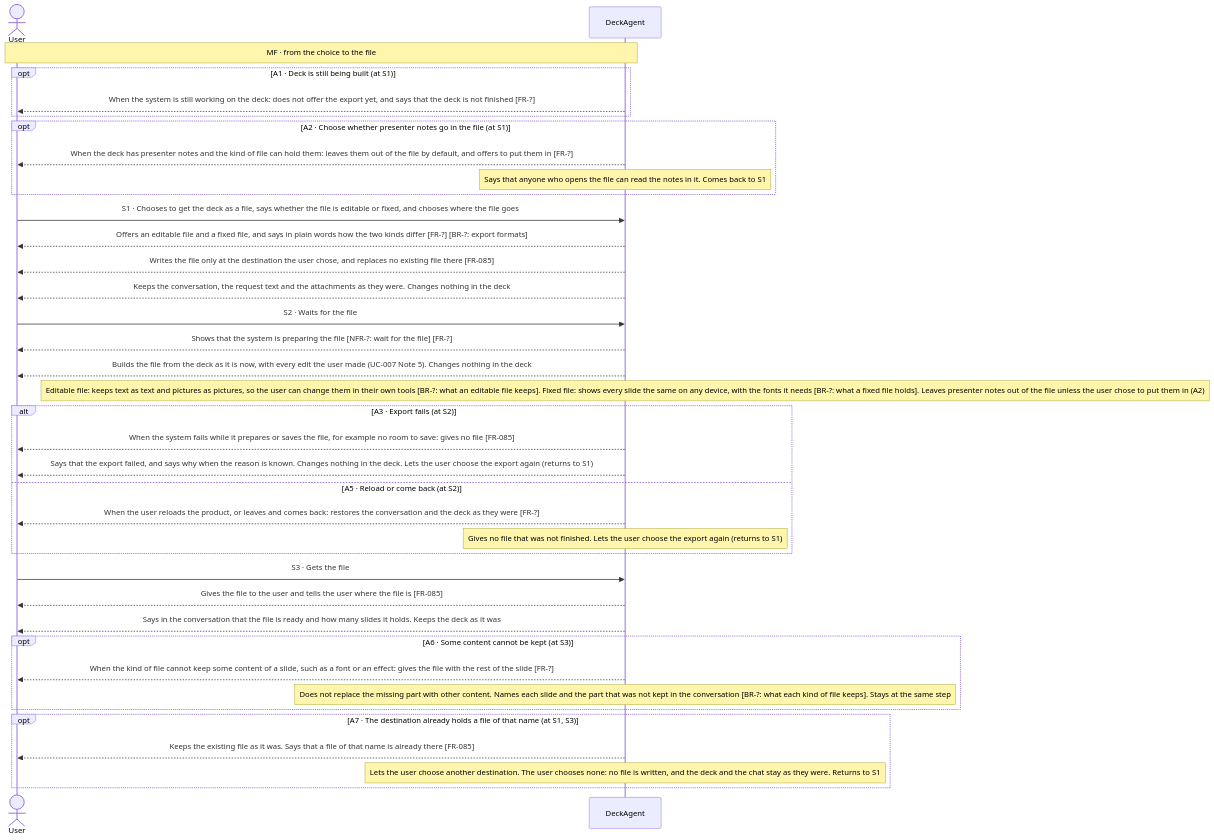
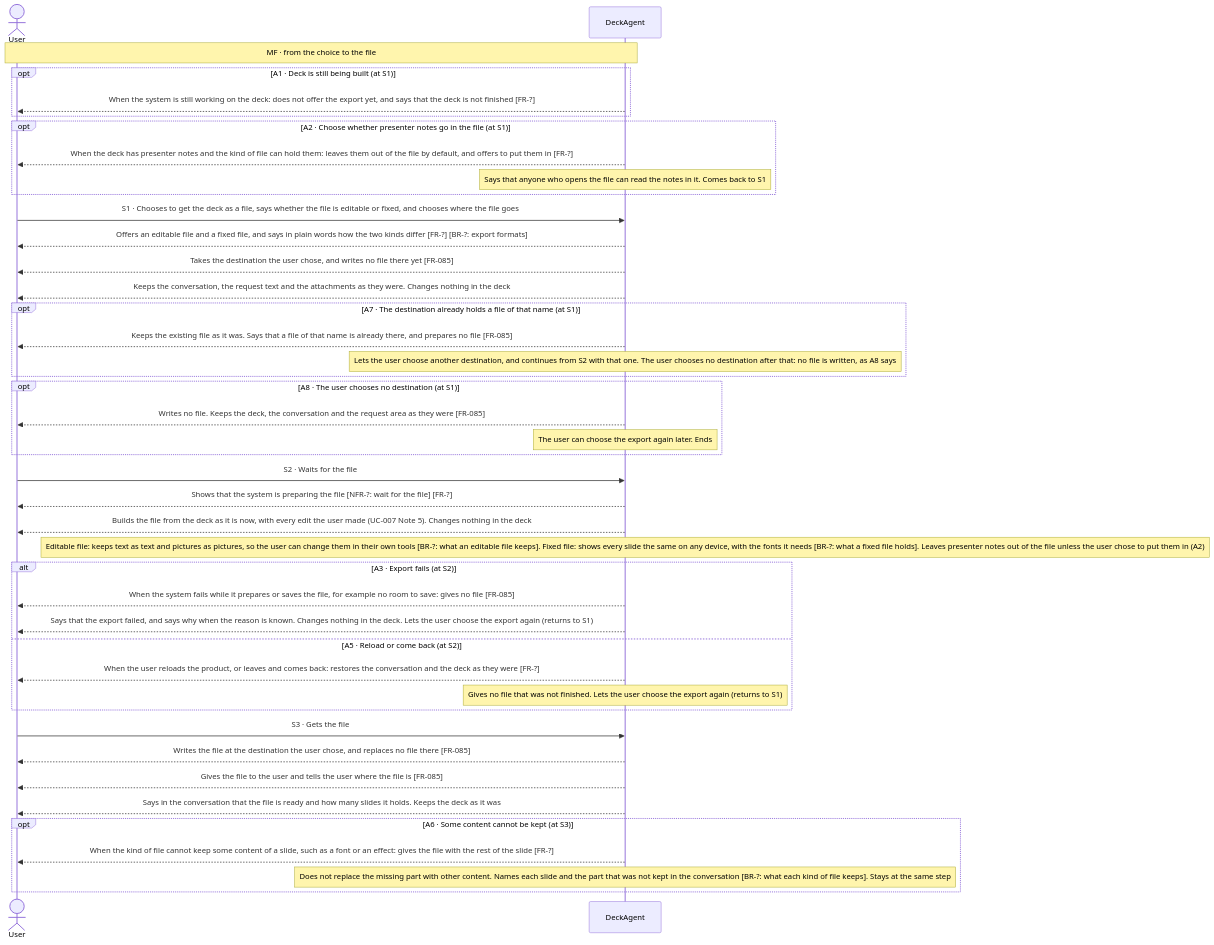
The diagram in docs/spec/03-use-cases/UC-004.md (Luke23127006/DeckAgent), drawn with Mermaid before and after one commit. The commit also changed other lines of this file and 13 other files, not shown here.

First line of the commit message:
docs(spec): fix removal, re-link, ungrouped-chat, save and export inconsistencies

````diff
--- a/docs/spec/03-use-cases/UC-004.md
+++ b/docs/spec/03-use-cases/UC-004.md
@@ -40,39 +40,44 @@
 ```mermaid
 sequenceDiagram
     actor User
     participant DeckAgent
     Note over User,DeckAgent: MF · from the choice to the file
     opt A1 · Deck is still being built (at S1)
         DeckAgent-->>User: When the system is still working on the deck: does not offer the export yet, and says that the deck is not finished [FR-?]
     end
     opt A2 · Choose whether presenter notes go in the file (at S1)
         DeckAgent-->>User: When the deck has presenter notes and the kind of file can hold them: leaves them out of the file by default, and offers to put them in [FR-?]
         note over DeckAgent: Says that anyone who opens the file can read the notes in it. Comes back to S1
     end
     User->>DeckAgent: S1 · Chooses to get the deck as a file, says whether the file is editable or fixed, and chooses where the file goes
     DeckAgent-->>User: Offers an editable file and a fixed file, and says in plain words how the two kinds differ [FR-?] [BR-?: export formats]
-    DeckAgent-->>User: Writes the file only at the destination the user chose, and replaces no existing file there [FR-085]
+    DeckAgent-->>User: Takes the destination the user chose, and writes no file there yet [FR-085]
     DeckAgent-->>User: Keeps the conversation, the request text and the attachments as they were. Changes nothing in the deck
+    opt A7 · The destination already holds a file of that name (at S1)
+        DeckAgent-->>User: Keeps the existing file as it was. Says that a file of that name is already there, and prepares no file [FR-085]
+        note over DeckAgent: Lets the user choose another destination, and continues from S2 with that one. The user chooses no destination after that: no file is written, as A8 says
+    end
+    opt A8 · The user chooses no destination (at S1)
+        DeckAgent-->>User: Writes no file. Keeps the deck, the conversation and the request area as they were [FR-085]
+        note over DeckAgent: The user can choose the export again later. Ends
+    end
     User->>DeckAgent: S2 · Waits for the file
     DeckAgent-->>User: Shows that the system is preparing the file [NFR-?: wait for the file] [FR-?]
     DeckAgent-->>User: Builds the file from the deck as it is now, with every edit the user made (UC-007 Note 5). Changes nothing in the deck
     note over DeckAgent: Editable file: keeps text as text and pictures as pictures, so the user can change them in their own tools [BR-?: what an editable file keeps]. Fixed file: shows every slide the same on any device, with the fonts it needs [BR-?: what a fixed file holds]. Leaves presenter notes out of the file unless the user chose to put them in (A2)
     alt A3 · Export fails (at S2)
         DeckAgent-->>User: When the system fails while it prepares or saves the file, for example no room to save: gives no file [FR-085]
         DeckAgent-->>User: Says that the export failed, and says why when the reason is known. Changes nothing in the deck. Lets the user choose the export again (returns to S1)
     else A5 · Reload or come back (at S2)
         DeckAgent-->>User: When the user reloads the product, or leaves and comes back: restores the conversation and the deck as they were [FR-?]
         note over DeckAgent: Gives no file that was not finished. Lets the user choose the export again (returns to S1)
     end
     User->>DeckAgent: S3 · Gets the file
+    DeckAgent-->>User: Writes the file at the destination the user chose, and replaces no file there [FR-085]
     DeckAgent-->>User: Gives the file to the user and tells the user where the file is [FR-085]
     DeckAgent-->>User: Says in the conversation that the file is ready and how many slides it holds. Keeps the deck as it was
     opt A6 · Some content cannot be kept (at S3)
         DeckAgent-->>User: When the kind of file cannot keep some content of a slide, such as a font or an effect: gives the file with the rest of the slide [FR-?]
         note over DeckAgent: Does not replace the missing part with other content. Names each slide and the part that was not kept in the conversation [BR-?: what each kind of file keeps]. Stays at the same step
     end
-    opt A7 · The destination already holds a file of that name (at S1, S3)
-        DeckAgent-->>User: Keeps the existing file as it was. Says that a file of that name is already there [FR-085]
-        note over DeckAgent: Lets the user choose another destination. The user chooses none: no file is written, and the deck and the chat stay as they were. Returns to S1
-    end
 ```
````
